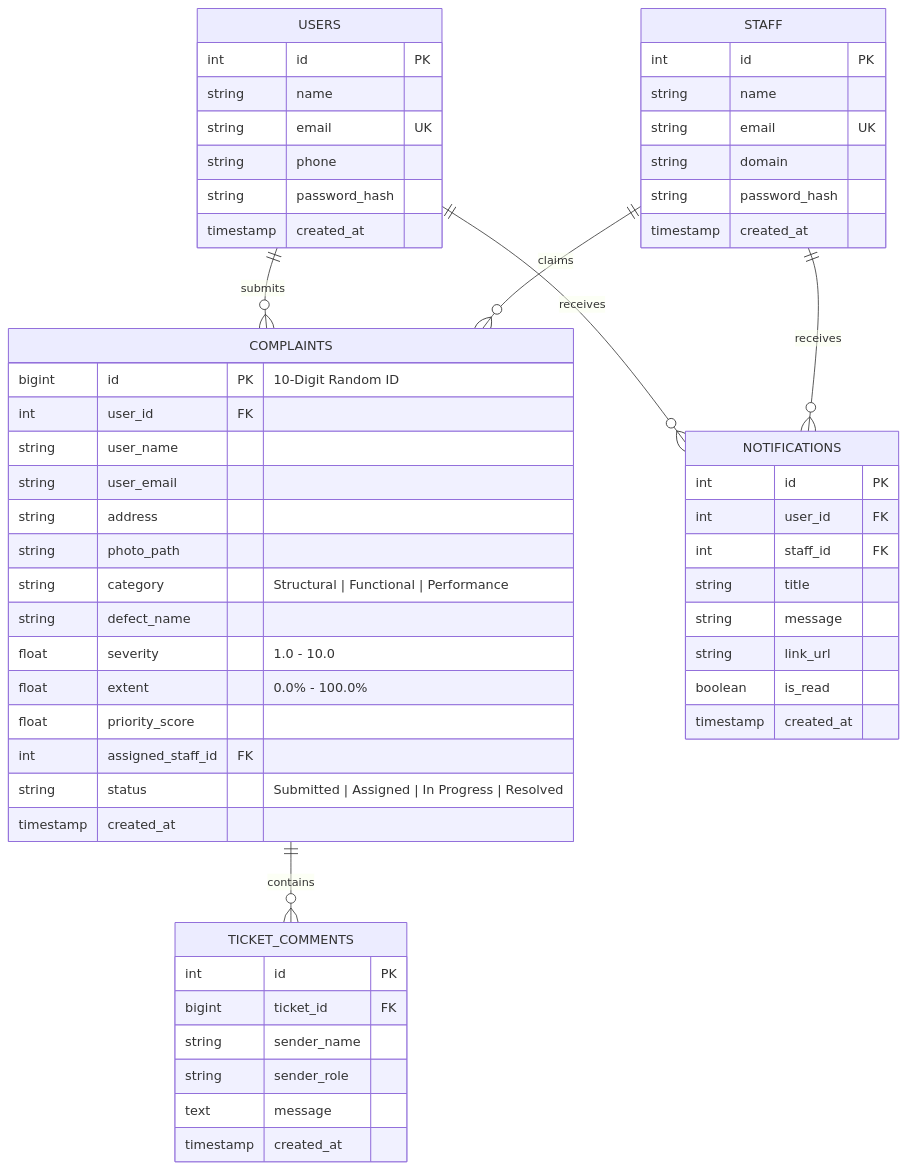
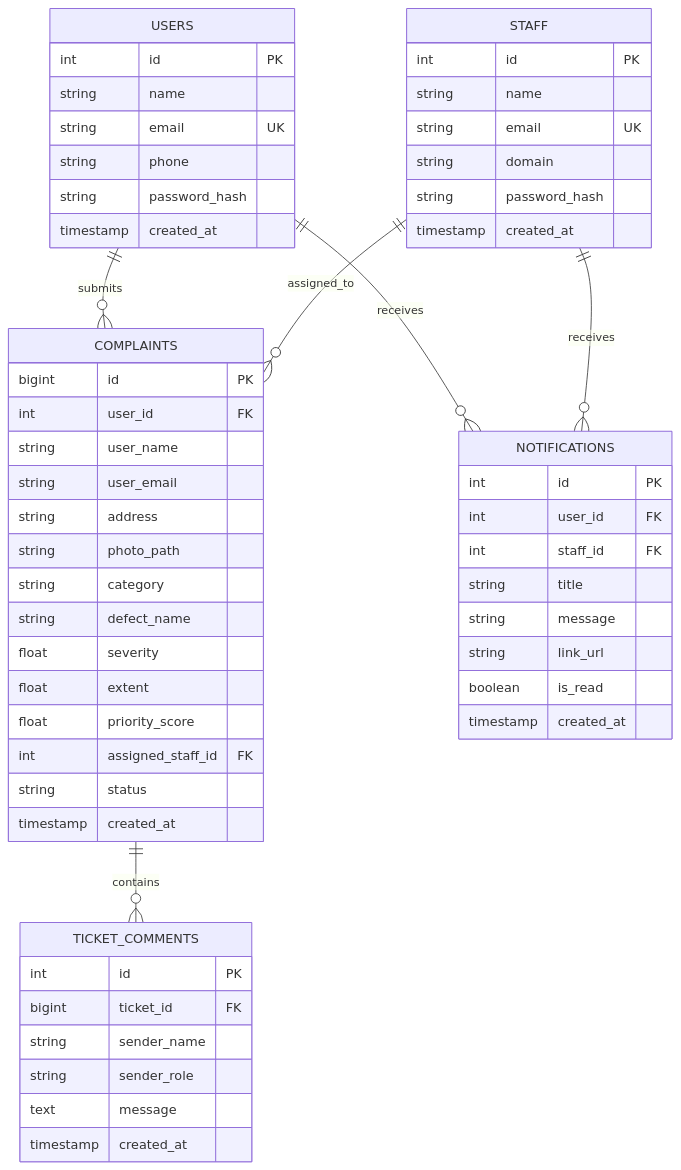
The third of 3 diagrams in README.md (Bittu5134/InfraPulse), drawn with Mermaid before and after one commit. The commit also changed other lines of this file, not shown here.

````diff
--- a/README.md
+++ b/README.md
@@ -145,63 +100,63 @@
 ```mermaid
 erDiagram
     USERS ||--o{ COMPLAINTS : submits
     USERS ||--o{ NOTIFICATIONS : receives
-    STAFF ||--o{ COMPLAINTS : claims
+    STAFF ||--o{ COMPLAINTS : assigned_to
     STAFF ||--o{ NOTIFICATIONS : receives
     COMPLAINTS ||--o{ TICKET_COMMENTS : contains
 
     USERS {
         int id PK
         string name
         string email UK
         string phone
         string password_hash
         timestamp created_at
     }
 
     STAFF {
         int id PK
         string name
         string email UK
         string domain
         string password_hash
         timestamp created_at
     }
 
     COMPLAINTS {
-        bigint id PK "10-Digit Random ID"
+        bigint id PK
         int user_id FK
         string user_name
         string user_email
         string address
         string photo_path
-        string category "Structural | Functional | Performance"
+        string category
         string defect_name
-        float severity "1.0 - 10.0"
-        float extent "0.0% - 100.0%"
+        float severity
+        float extent
         float priority_score
         int assigned_staff_id FK
-        string status "Submitted | Assigned | In Progress | Resolved"
+        string status
         timestamp created_at
     }
 
     TICKET_COMMENTS {
         int id PK
         bigint ticket_id FK
         string sender_name
         string sender_role
         text message
         timestamp created_at
     }
 
     NOTIFICATIONS {
         int id PK
         int user_id FK
         int staff_id FK
         string title
         string message
         string link_url
         boolean is_read
         timestamp created_at
     }
 ```
````
